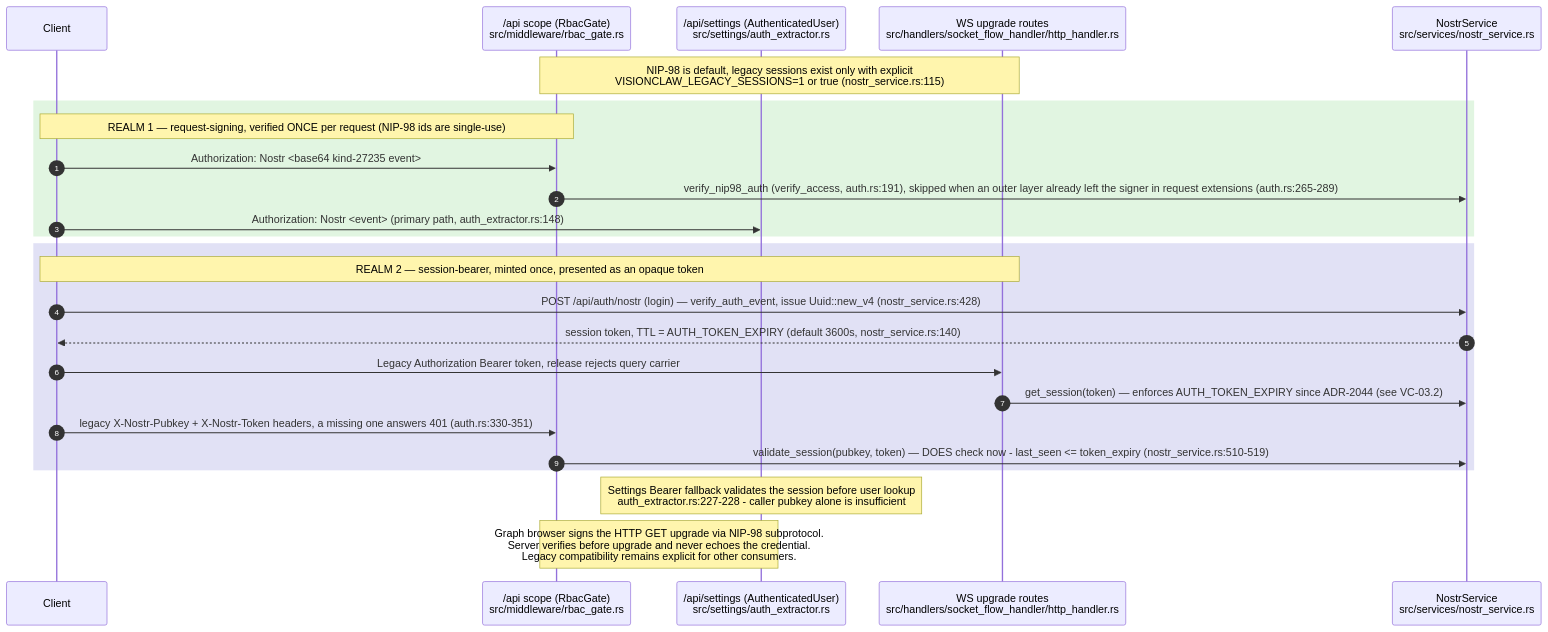
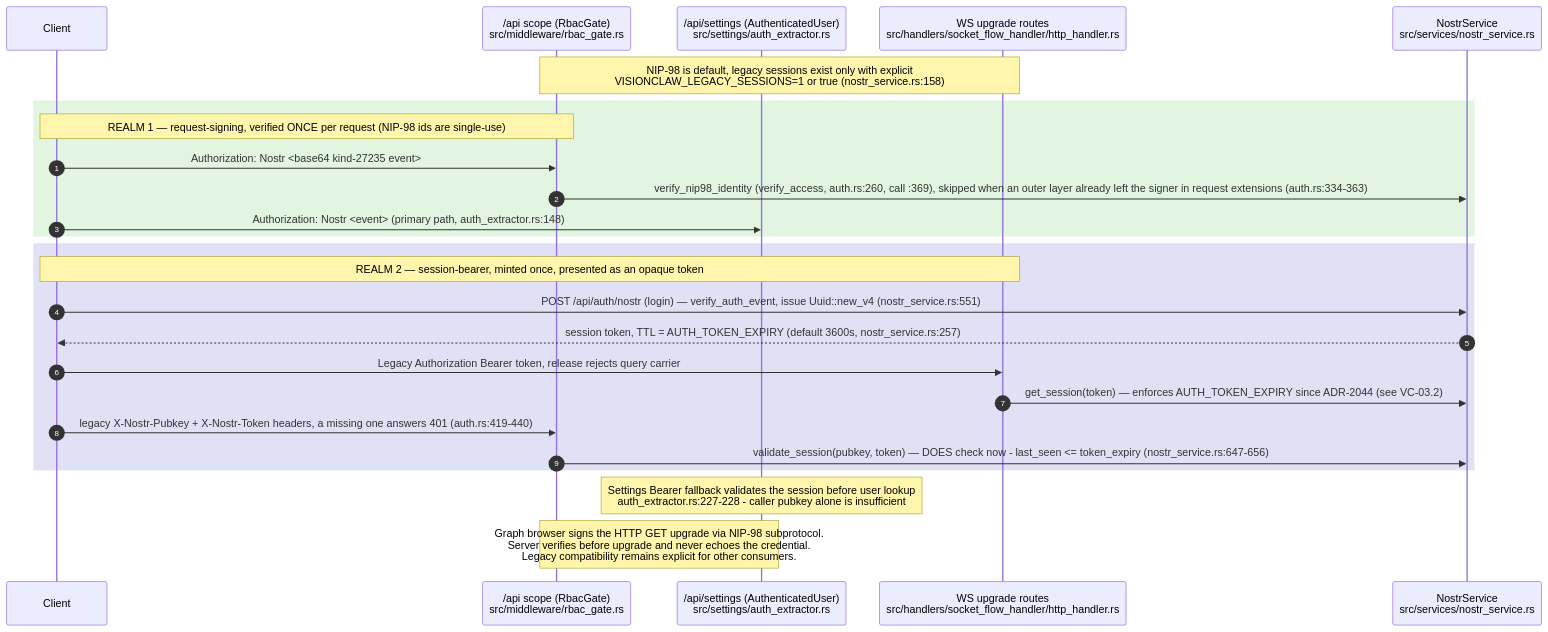
The fifth of 15 diagrams in docs/diagrams/visionclaw/03-request-lifecycle-and-rbac.md (DreamLab-AI/VisionFlow), drawn with Mermaid before and after one commit. The commit also changed other lines of this file and 7 other files, not shown here.

````diff
--- a/docs/diagrams/visionclaw/03-request-lifecycle-and-rbac.md
+++ b/docs/diagrams/visionclaw/03-request-lifecycle-and-rbac.md
@@ -314,28 +325,28 @@
 ```mermaid
 sequenceDiagram
     autonumber
     participant C as Client
     participant API as /api scope (RbacGate)<br/>src/middleware/rbac_gate.rs
     participant SET as /api/settings (AuthenticatedUser)<br/>src/settings/auth_extractor.rs
     participant WSy as WS upgrade routes<br/>src/handlers/socket_flow_handler/http_handler.rs
     participant NS as NostrService<br/>src/services/nostr_service.rs
 
-    Note over API,WSy: NIP-98 is default, legacy sessions exist only with explicit<br/>VISIONCLAW_LEGACY_SESSIONS=1 or true (nostr_service.rs:115)
+    Note over API,WSy: NIP-98 is default, legacy sessions exist only with explicit<br/>VISIONCLAW_LEGACY_SESSIONS=1 or true (nostr_service.rs:158)
     rect rgb(225,245,225)
     Note over C,API: REALM 1 — request-signing, verified ONCE per request (NIP-98 ids are single-use)
     C->>API: Authorization: Nostr <base64 kind-27235 event>
-    API->>NS: verify_nip98_auth (verify_access, auth.rs:191), skipped when an outer layer already left the signer in request extensions (auth.rs:265-289)
+    API->>NS: verify_nip98_identity (verify_access, auth.rs:260, call :369), skipped when an outer layer already left the signer in request extensions (auth.rs:334-363)
     C->>SET: Authorization: Nostr <event> (primary path, auth_extractor.rs:148)
     end
     rect rgb(225,225,245)
     Note over C,WSy: REALM 2 — session-bearer, minted once, presented as an opaque token
-    C->>NS: POST /api/auth/nostr (login) — verify_auth_event, issue Uuid::new_v4 (nostr_service.rs:428)
-    NS-->>C: session token, TTL = AUTH_TOKEN_EXPIRY (default 3600s, nostr_service.rs:140)
+    C->>NS: POST /api/auth/nostr (login) — verify_auth_event, issue Uuid::new_v4 (nostr_service.rs:551)
+    NS-->>C: session token, TTL = AUTH_TOKEN_EXPIRY (default 3600s, nostr_service.rs:257)
     C->>WSy: Legacy Authorization Bearer token, release rejects query carrier
     WSy->>NS: get_session(token) — enforces AUTH_TOKEN_EXPIRY since ADR-2044 (see VC-03.2)
-    C->>API: legacy X-Nostr-Pubkey + X-Nostr-Token headers, a missing one answers 401 (auth.rs:330-351)
-    API->>NS: validate_session(pubkey, token) — DOES check now - last_seen <= token_expiry (nostr_service.rs:510-519)
+    C->>API: legacy X-Nostr-Pubkey + X-Nostr-Token headers, a missing one answers 401 (auth.rs:419-440)
+    API->>NS: validate_session(pubkey, token) — DOES check now - last_seen <= token_expiry (nostr_service.rs:647-656)
     end
     Note over SET: Settings Bearer fallback validates the session before user lookup<br/>auth_extractor.rs:227-228 - caller pubkey alone is insufficient
     Note over API,SET: Graph browser signs the HTTP GET upgrade via NIP-98 subprotocol.<br/>Server verifies before upgrade and never echoes the credential.<br/>Legacy compatibility remains explicit for other consumers.
 ```
````
